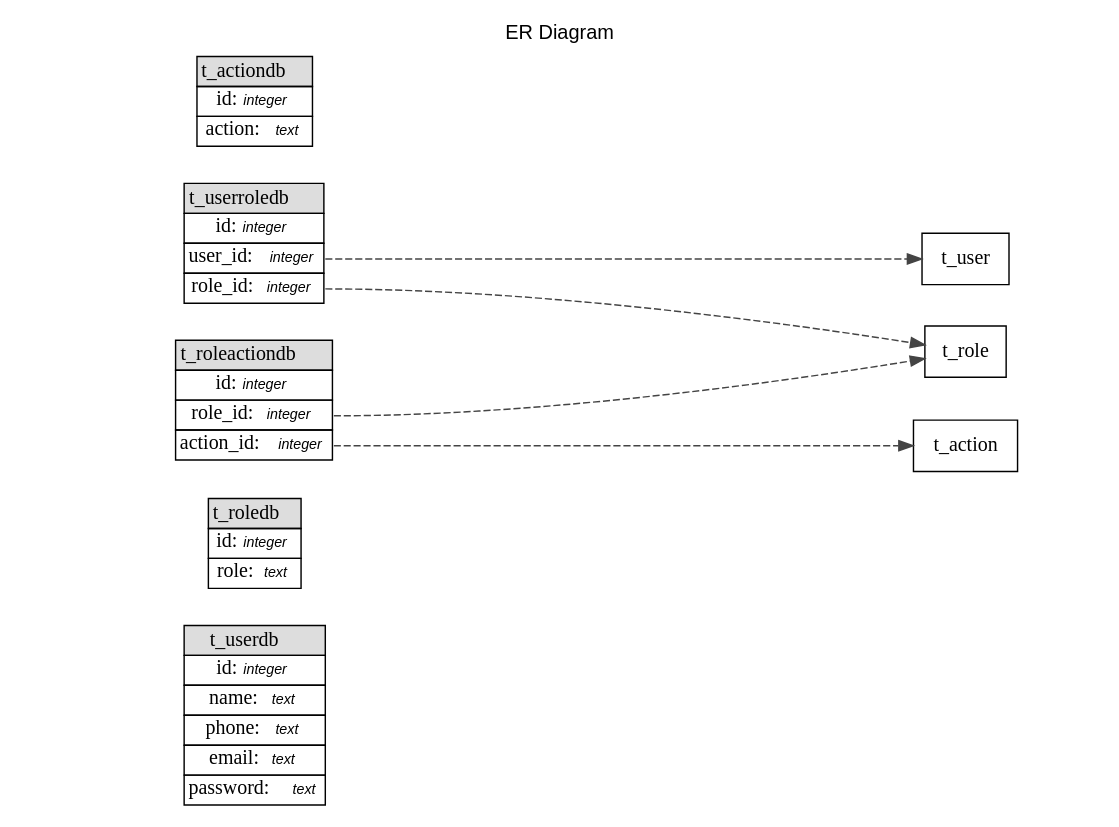
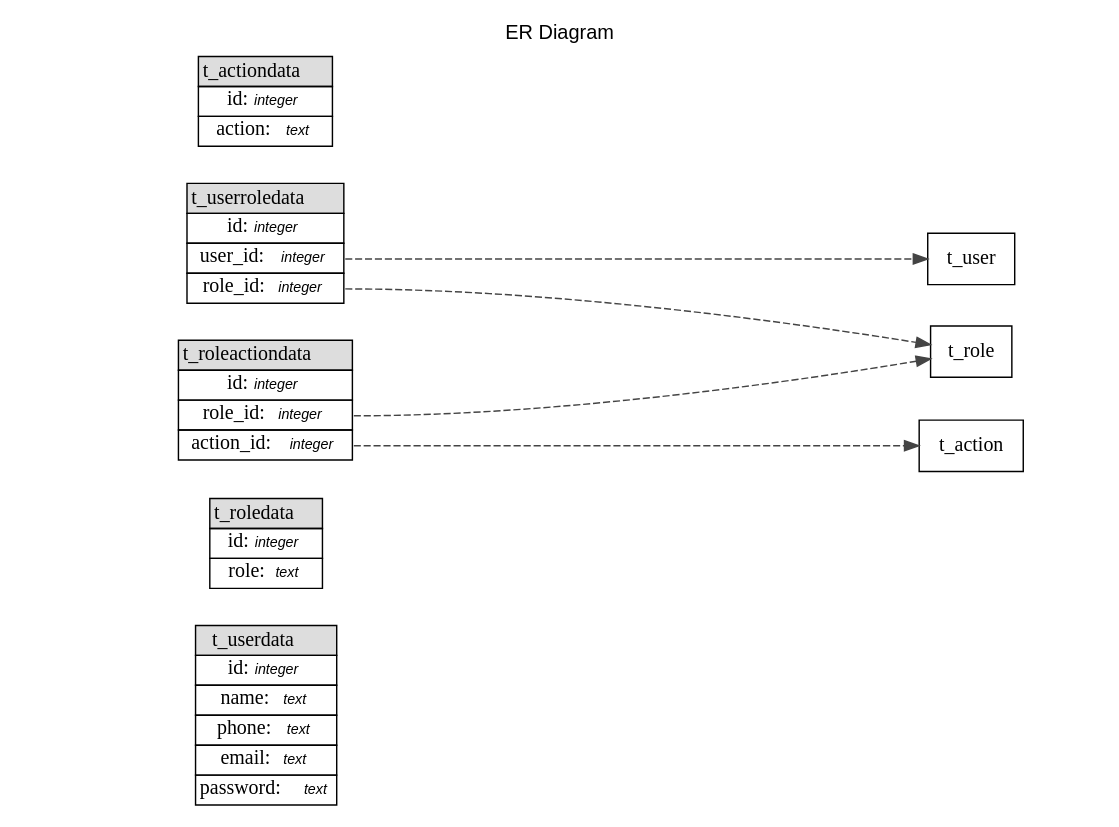
Before and after one commit to donnol/jdnote: the diagram in cmd/dbdoc/DB_cicada.dot, drawn with Graphviz. The commit also changed 30 other files, not shown here.

```diff
--- a/cmd/dbdoc/DB_cicada.dot
+++ b/cmd/dbdoc/DB_cicada.dot
@@ -1,107 +1,107 @@
 digraph "Database Structure" {
 		label = "ER Diagram";
 		labelloc = t;
 		compound = true;
 		node [ shape = record ];
 		fontname = "Helvetica";
 		ranksep = 1.25;
 		ratio = 0.7;
 		rankdir = LR;
 		
-		subgraph "table_t_userdb" {
+		subgraph "table_t_userdata" {
 			node [ shape = "plaintext" ]
-			"t_userdb" [ label=<
+			"t_userdata" [ label=<
 				<TABLE BORDER="0" CELLSPACING="0" CELLBORDER="1">
-				<TR><TD COLSPAN="3" BGCOLOR="#DDDDDD">t_userdb</TD></TR>
+				<TR><TD COLSPAN="3" BGCOLOR="#DDDDDD">t_userdata</TD></TR>
 				
 				<TR><TD COLSPAN="3" PORT="id">id:<FONT FACE="Helvetica-Oblique" POINT-SIZE="10">integer</FONT></TD></TR>
 	
 				<TR><TD COLSPAN="3" PORT="name">name:<FONT FACE="Helvetica-Oblique" POINT-SIZE="10">text</FONT></TD></TR>
 	
 				<TR><TD COLSPAN="3" PORT="phone">phone:<FONT FACE="Helvetica-Oblique" POINT-SIZE="10">text</FONT></TD></TR>
 	
 				<TR><TD COLSPAN="3" PORT="email">email:<FONT FACE="Helvetica-Oblique" POINT-SIZE="10">text</FONT></TD></TR>
 	
 				<TR><TD COLSPAN="3" PORT="password">password:<FONT FACE="Helvetica-Oblique" POINT-SIZE="10">text</FONT></TD></TR>
 	
 				</TABLE>>
 	 
 			]
 		}
 			
-		subgraph "table_t_roledb" {
+		subgraph "table_t_roledata" {
 			node [ shape = "plaintext" ]
-			"t_roledb" [ label=<
+			"t_roledata" [ label=<
 				<TABLE BORDER="0" CELLSPACING="0" CELLBORDER="1">
-				<TR><TD COLSPAN="3" BGCOLOR="#DDDDDD">t_roledb</TD></TR>
+				<TR><TD COLSPAN="3" BGCOLOR="#DDDDDD">t_roledata</TD></TR>
 				
 				<TR><TD COLSPAN="3" PORT="id">id:<FONT FACE="Helvetica-Oblique" POINT-SIZE="10">integer</FONT></TD></TR>
 	
 				<TR><TD COLSPAN="3" PORT="role">role:<FONT FACE="Helvetica-Oblique" POINT-SIZE="10">text</FONT></TD></TR>
 	
 				</TABLE>>
 	 
 			]
 		}
 			
-		subgraph "table_t_userroledb" {
+		subgraph "table_t_userroledata" {
 			node [ shape = "plaintext" ]
-			"t_userroledb" [ label=<
+			"t_userroledata" [ label=<
 				<TABLE BORDER="0" CELLSPACING="0" CELLBORDER="1">
-				<TR><TD COLSPAN="3" BGCOLOR="#DDDDDD">t_userroledb</TD></TR>
+				<TR><TD COLSPAN="3" BGCOLOR="#DDDDDD">t_userroledata</TD></TR>
 				
 				<TR><TD COLSPAN="3" PORT="id">id:<FONT FACE="Helvetica-Oblique" POINT-SIZE="10">integer</FONT></TD></TR>
 	
 				<TR><TD COLSPAN="3" PORT="user_id">user_id:<FONT FACE="Helvetica-Oblique" POINT-SIZE="10">integer</FONT></TD></TR>
 	
 				<TR><TD COLSPAN="3" PORT="role_id">role_id:<FONT FACE="Helvetica-Oblique" POINT-SIZE="10">integer</FONT></TD></TR>
 	
 				</TABLE>>
 	 
 			]
 		}
 			
-		subgraph "table_t_actiondb" {
+		subgraph "table_t_actiondata" {
 			node [ shape = "plaintext" ]
-			"t_actiondb" [ label=<
+			"t_actiondata" [ label=<
 				<TABLE BORDER="0" CELLSPACING="0" CELLBORDER="1">
-				<TR><TD COLSPAN="3" BGCOLOR="#DDDDDD">t_actiondb</TD></TR>
+				<TR><TD COLSPAN="3" BGCOLOR="#DDDDDD">t_actiondata</TD></TR>
 				
 				<TR><TD COLSPAN="3" PORT="id">id:<FONT FACE="Helvetica-Oblique" POINT-SIZE="10">integer</FONT></TD></TR>
 	
 				<TR><TD COLSPAN="3" PORT="action">action:<FONT FACE="Helvetica-Oblique" POINT-SIZE="10">text</FONT></TD></TR>
 	
 				</TABLE>>
 	 
 			]
 		}
 			
-		subgraph "table_t_roleactiondb" {
+		subgraph "table_t_roleactiondata" {
 			node [ shape = "plaintext" ]
-			"t_roleactiondb" [ label=<
+			"t_roleactiondata" [ label=<
 				<TABLE BORDER="0" CELLSPACING="0" CELLBORDER="1">
-				<TR><TD COLSPAN="3" BGCOLOR="#DDDDDD">t_roleactiondb</TD></TR>
+				<TR><TD COLSPAN="3" BGCOLOR="#DDDDDD">t_roleactiondata</TD></TR>
 				
 				<TR><TD COLSPAN="3" PORT="id">id:<FONT FACE="Helvetica-Oblique" POINT-SIZE="10">integer</FONT></TD></TR>
 	
 				<TR><TD COLSPAN="3" PORT="role_id">role_id:<FONT FACE="Helvetica-Oblique" POINT-SIZE="10">integer</FONT></TD></TR>
 	
 				<TR><TD COLSPAN="3" PORT="action_id">action_id:<FONT FACE="Helvetica-Oblique" POINT-SIZE="10">integer</FONT></TD></TR>
 	
 				</TABLE>>
 	 
 			]
 		}
 			
 		edge [ arrowtail=normal, style=dashed, color="#444444" ]
 	
 		
-		t_userroledb:user_id -> t_user:id
+		t_userroledata:user_id -> t_user:id
 	
-		t_userroledb:role_id -> t_role:id
+		t_userroledata:role_id -> t_role:id
 	
-		t_roleactiondb:role_id -> t_role:id
+		t_roleactiondata:role_id -> t_role:id
 	
-		t_roleactiondb:action_id -> t_action:id
+		t_roleactiondata:action_id -> t_action:id
 	
 	}
```
